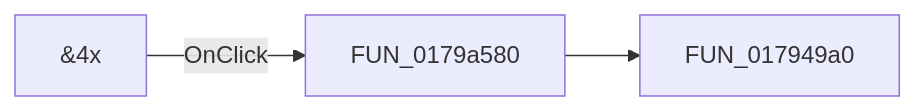
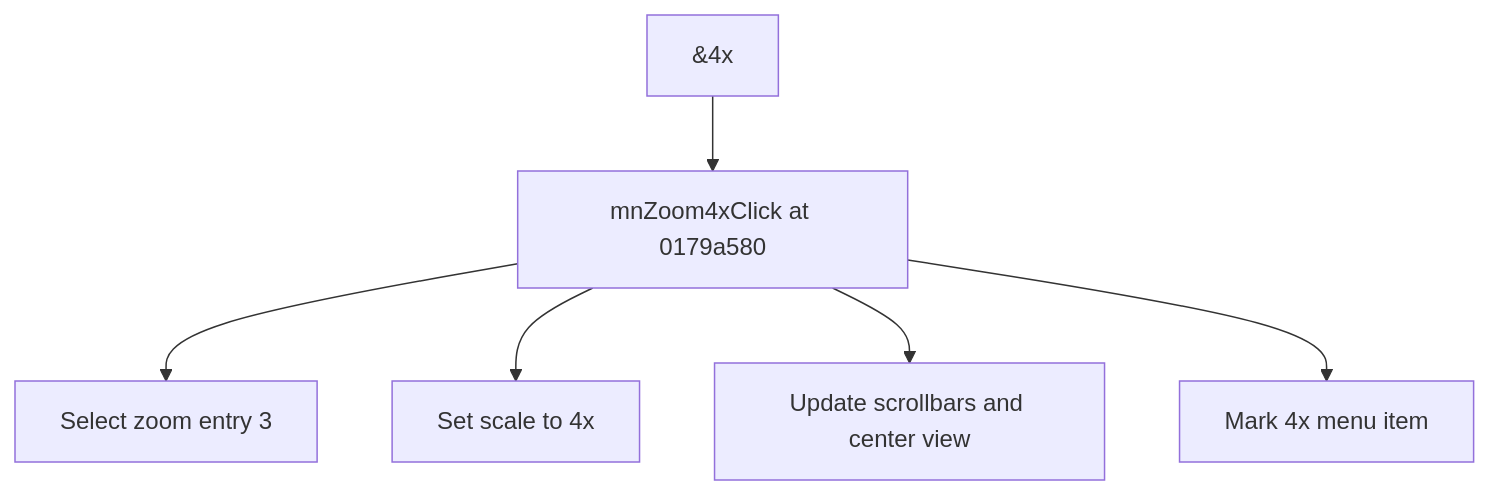
The diagram in docs/ui-controls/shapeedit/mnzoom4x-e3e32ea4f2.md (MovGP0/TIARA), drawn with Mermaid before and after one commit. The commit also changed other lines of this file and 1062 other files, not shown here.

````diff
--- a/docs/ui-controls/shapeedit/mnzoom4x-e3e32ea4f2.md
+++ b/docs/ui-controls/shapeedit/mnzoom4x-e3e32ea4f2.md
@@ -27,5 +25,8 @@
 ```mermaid
-flowchart LR
-    control["&4x"] -->|OnClick| handler["FUN_0179a580"]
-    handler --> call1["FUN_017949a0"]
+flowchart TD
+    control["&4x"] --> handler["mnZoom4xClick at 0179a580"]
+    handler --> step1["Select zoom entry 3"]
+    handler --> step2["Set scale to 4x"]
+    handler --> step3["Update scrollbars and center view"]
+    handler --> step4["Mark 4x menu item"]
 ```
````
